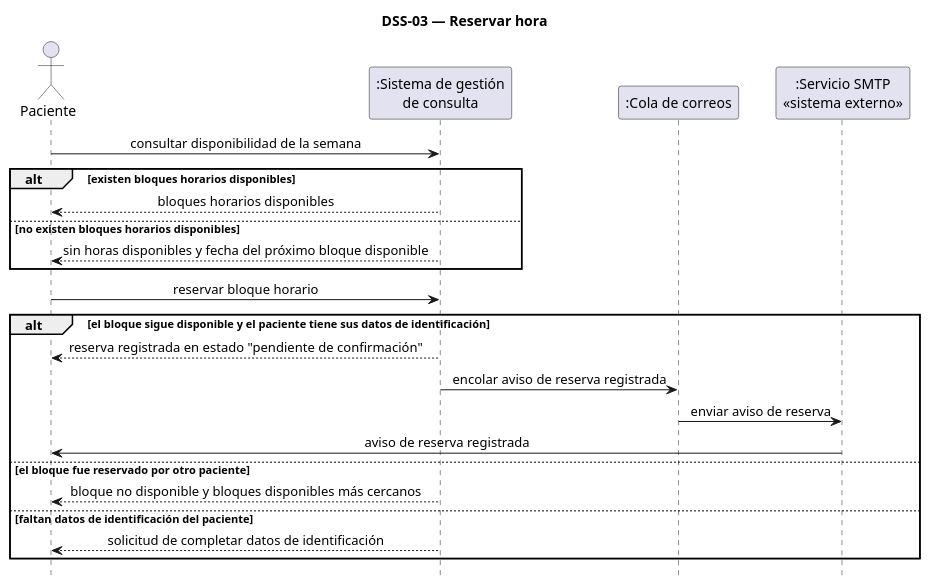
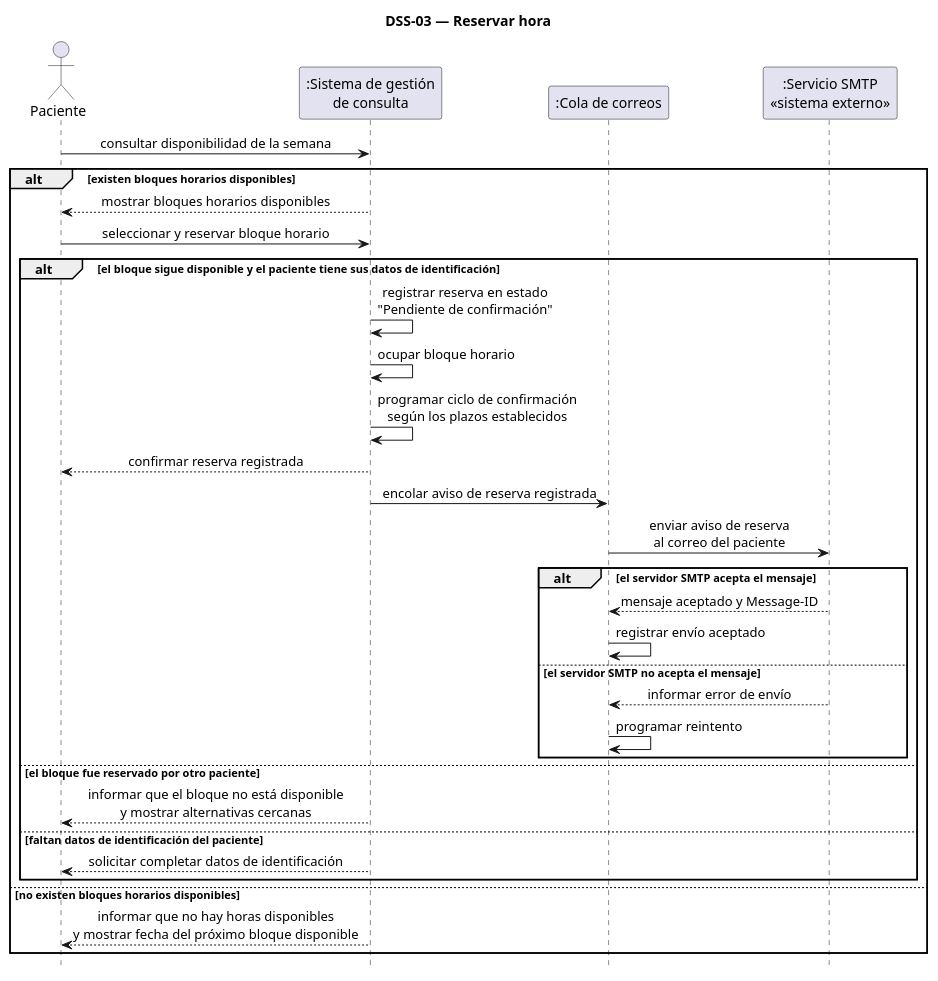
The diagram in diagramas/dss-03.puml (gestion-consulta-psicologica/ingenieria-requisitos), drawn with PlantUML before and after one commit. The commit also changed 48 other files, not shown here.

```diff
--- a/diagramas/dss-03.puml
+++ b/diagramas/dss-03.puml
@@ -1,31 +1,50 @@
 @startuml dss-03
 ' DSS-03 — Reservar hora (CU-02 / HU-02, incluye CU-01 / HU-01)
 skinparam shadowing false
 skinparam sequenceMessageAlign center
 hide footbox
+
 title DSS-03 — Reservar hora
 
 actor "Paciente" as PAC
 participant ":Sistema de gestión\nde consulta" as SIS
 participant ":Cola de correos" as COLA
 participant ":Servicio SMTP\n<<sistema externo>>" as SMTP
 
 PAC -> SIS : consultar disponibilidad de la semana
+
 alt existen bloques horarios disponibles
-  SIS --> PAC : bloques horarios disponibles
+  SIS --> PAC : mostrar bloques horarios disponibles
+
+  PAC -> SIS : seleccionar y reservar bloque horario
+
+  alt el bloque sigue disponible y el paciente tiene sus datos de identificación
+    SIS -> SIS : registrar reserva en estado\n"Pendiente de confirmación"
+    SIS -> SIS : ocupar bloque horario
+    SIS -> SIS : programar ciclo de confirmación\nsegún los plazos establecidos
+
+    SIS --> PAC : confirmar reserva registrada
+
+    SIS -> COLA : encolar aviso de reserva registrada
+    COLA -> SMTP : enviar aviso de reserva\nal correo del paciente
+
+    alt el servidor SMTP acepta el mensaje
+      SMTP --> COLA : mensaje aceptado y Message-ID
+      COLA -> COLA : registrar envío aceptado
+    else el servidor SMTP no acepta el mensaje
+      SMTP --> COLA : informar error de envío
+      COLA -> COLA : programar reintento
+    end
+
+  else el bloque fue reservado por otro paciente
+    SIS --> PAC : informar que el bloque no está disponible\ny mostrar alternativas cercanas
+
+  else faltan datos de identificación del paciente
+    SIS --> PAC : solicitar completar datos de identificación
+  end
+
 else no existen bloques horarios disponibles
-  SIS --> PAC : sin horas disponibles y fecha del próximo bloque disponible
+  SIS --> PAC : informar que no hay horas disponibles\ny mostrar fecha del próximo bloque disponible
 end
 
-PAC -> SIS : reservar bloque horario
-alt el bloque sigue disponible y el paciente tiene sus datos de identificación
-  SIS --> PAC : reserva registrada en estado "pendiente de confirmación"
-  SIS -> COLA : encolar aviso de reserva registrada
-  COLA -> SMTP : enviar aviso de reserva
-  SMTP -> PAC : aviso de reserva registrada
-else el bloque fue reservado por otro paciente
-  SIS --> PAC : bloque no disponible y bloques disponibles más cercanos
-else faltan datos de identificación del paciente
-  SIS --> PAC : solicitud de completar datos de identificación
-end
 @enduml
```
